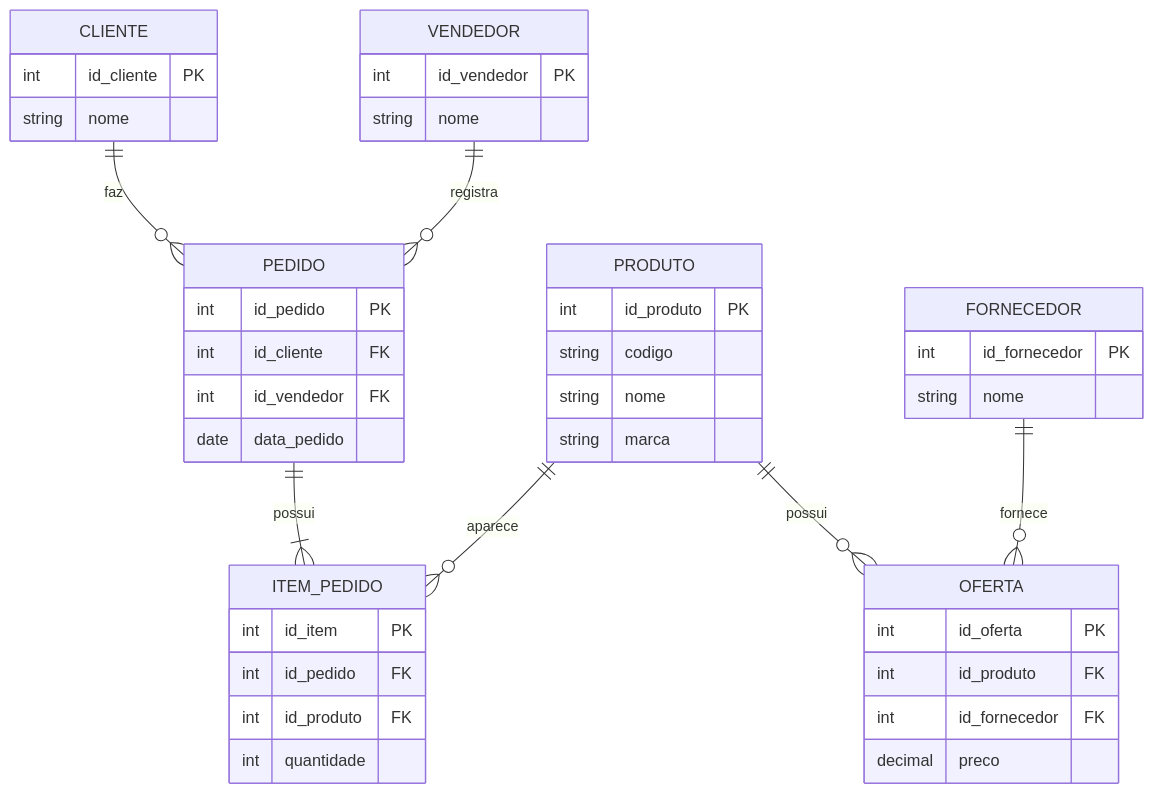
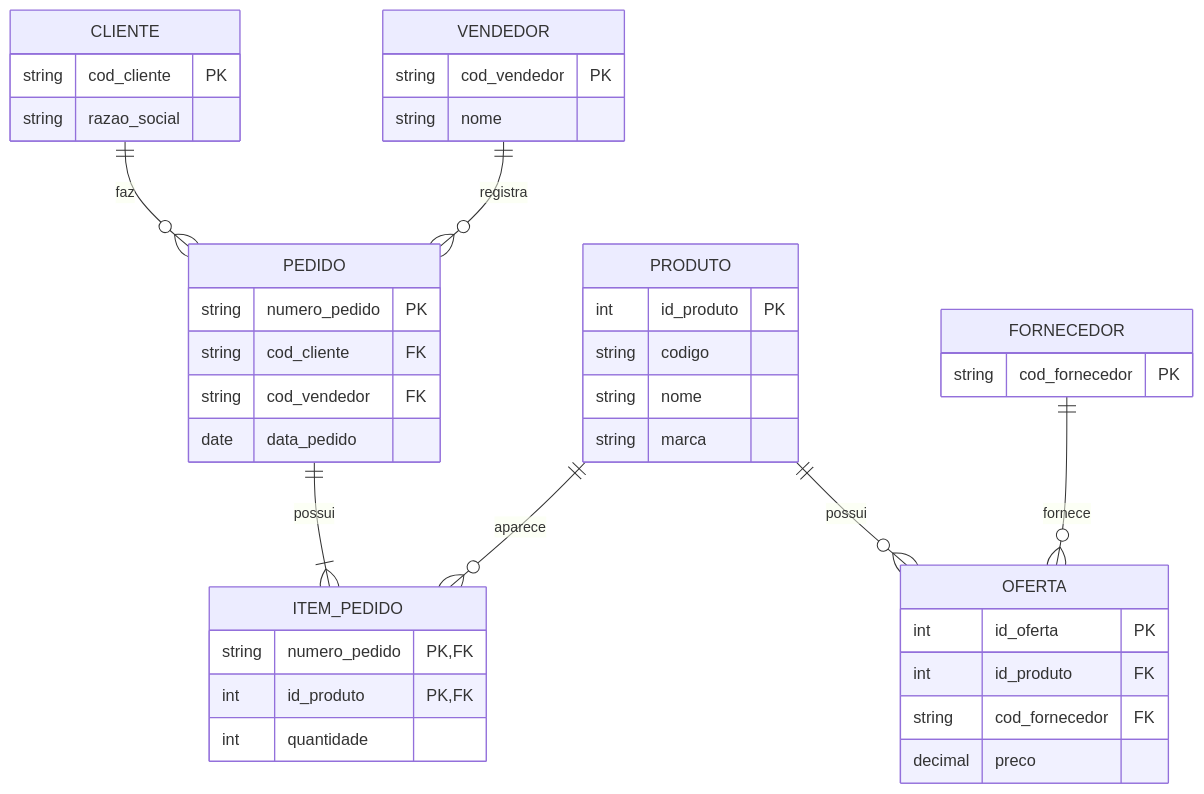
One commit to NathaliaGongora/Exercicios_Faculdade changed the diagram in SegundoSemestre/BancoDeDados/ModelagemDeDados/Exercicio06.md. Above: the diagram before and after it, drawn with Mermaid. The commit also changed other lines of this file, not shown here.

Commit message:
Ajusta MER de controle de pedidos

````diff
--- a/SegundoSemestre/BancoDeDados/ModelagemDeDados/Exercicio06.md
+++ b/SegundoSemestre/BancoDeDados/ModelagemDeDados/Exercicio06.md
@@ -5,46 +7,44 @@
 ```mermaid
 erDiagram
     CLIENTE ||--o{ PEDIDO : faz
     VENDEDOR ||--o{ PEDIDO : registra
     PEDIDO ||--|{ ITEM_PEDIDO : possui
     PRODUTO ||--o{ ITEM_PEDIDO : aparece
     PRODUTO ||--o{ OFERTA : possui
     FORNECEDOR ||--o{ OFERTA : fornece
 
     CLIENTE {
-        int id_cliente PK
-        string nome
+        string cod_cliente PK
+        string razao_social
     }
     VENDEDOR {
-        int id_vendedor PK
+        string cod_vendedor PK
         string nome
     }
     PEDIDO {
-        int id_pedido PK
-        int id_cliente FK
-        int id_vendedor FK
+        string numero_pedido PK
+        string cod_cliente FK
+        string cod_vendedor FK
         date data_pedido
     }
     PRODUTO {
         int id_produto PK
         string codigo
         string nome
         string marca
     }
     ITEM_PEDIDO {
-        int id_item PK
-        int id_pedido FK
-        int id_produto FK
+        string numero_pedido PK, FK
+        int id_produto PK, FK
         int quantidade
     }
     FORNECEDOR {
-        int id_fornecedor PK
-        string nome
+        string cod_fornecedor PK
     }
     OFERTA {
         int id_oferta PK
         int id_produto FK
-        int id_fornecedor FK
+        string cod_fornecedor FK
         decimal preco
     }
 ```
````
